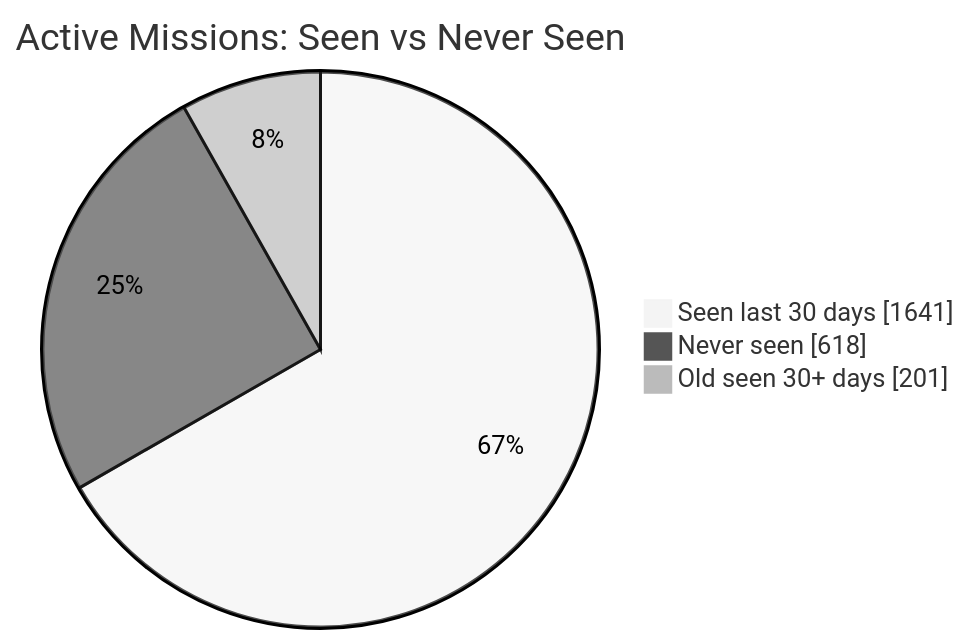
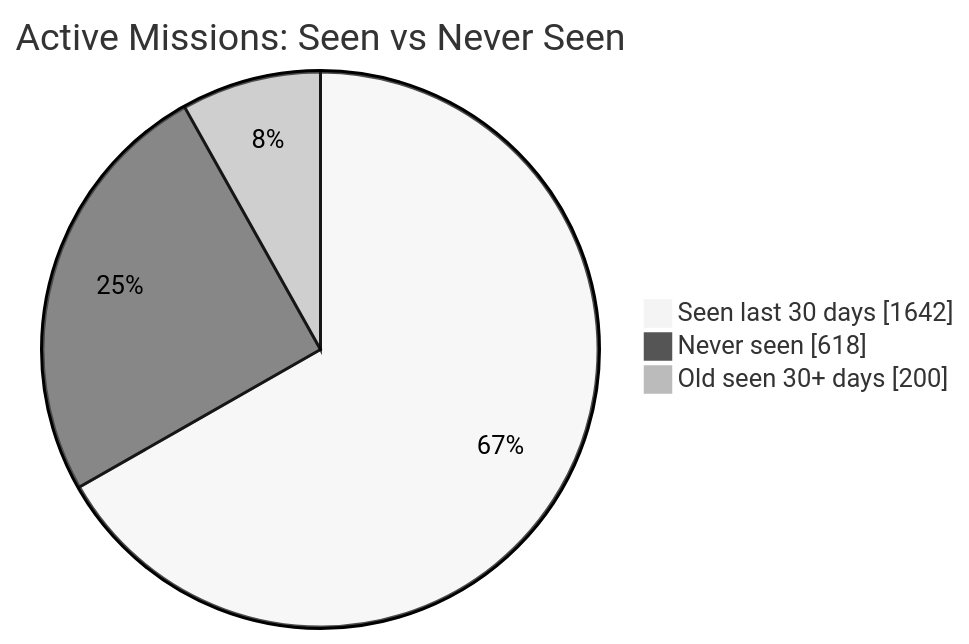
One commit to MeldkamerspelGameTeam/active-missions changed the first of 2 diagrams in README.md. Above: the diagram before and after it, drawn with Mermaid (neutral theme). The commit also changed other lines of this file and 2 other files, not shown here.

````diff
--- a/README.md
+++ b/README.md
@@ -34,7 +34,7 @@
 ```mermaid
 pie showData
     title Active Missions: Seen vs Never Seen
-    "Seen last 30 days" : 1641
+    "Seen last 30 days" : 1642
     "Never seen" : 618
-    "Old seen 30+ days" : 201
+    "Old seen 30+ days" : 200
 ```
````
